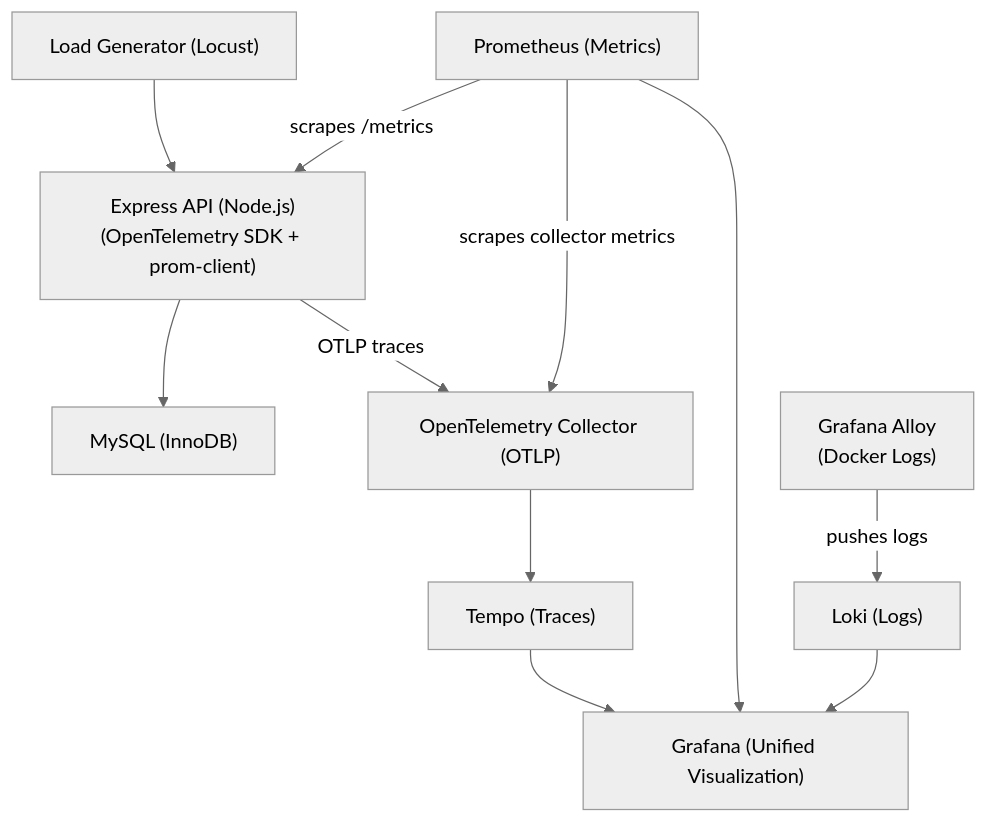
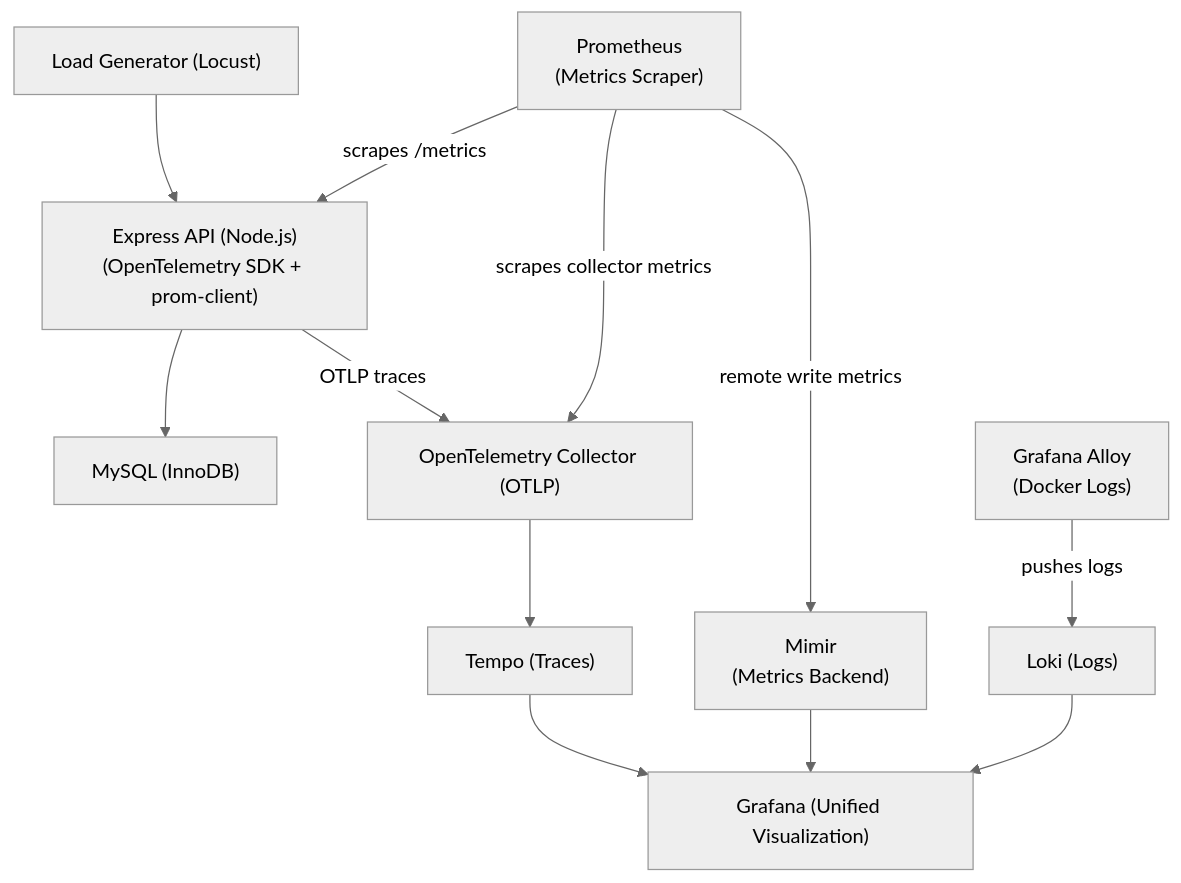
One commit to nelsiroh/mysql-api-project changed the second of 2 diagrams in README.md. Above: the diagram before and after it, drawn with Mermaid. The commit also changed other lines of this file and 5 other files, not shown here.

Commit message:
Adding Mimir stack with metrics

````diff
--- a/README.md
+++ b/README.md
@@ -92,27 +93,29 @@
 ```mermaid
 %%{init: {'theme':'neutral','themeVariables':{'fontSize':'16px'}}}%%
 flowchart TD
 
 L["Load Generator (Locust)"]
 A["Express API (Node.js)<br/>(OpenTelemetry SDK + prom-client)"]
 D["MySQL (InnoDB)"]
 C["OpenTelemetry Collector (OTLP)"]
 T["Tempo (Traces)"]
-M["Prometheus (Metrics)"]
+P["Prometheus<br/>(Metrics Scraper)"]
+M["Mimir<br/>(Metrics Backend)"]
 K["Loki (Logs)"]
 Y["Grafana Alloy<br/>(Docker Logs)"]
 G["Grafana (Unified Visualization)"]
 
 L --> A
 A --> D
 A -->|OTLP traces| C
-M -->|scrapes /metrics| A
-M -->|scrapes collector metrics| C
+P -->|scrapes /metrics| A
+P -->|scrapes collector metrics| C
+P -->|remote write metrics| M
 Y -->|pushes logs| K
 
 C --> T
 
 T --> G
 M --> G
 K --> G
 ```
````
